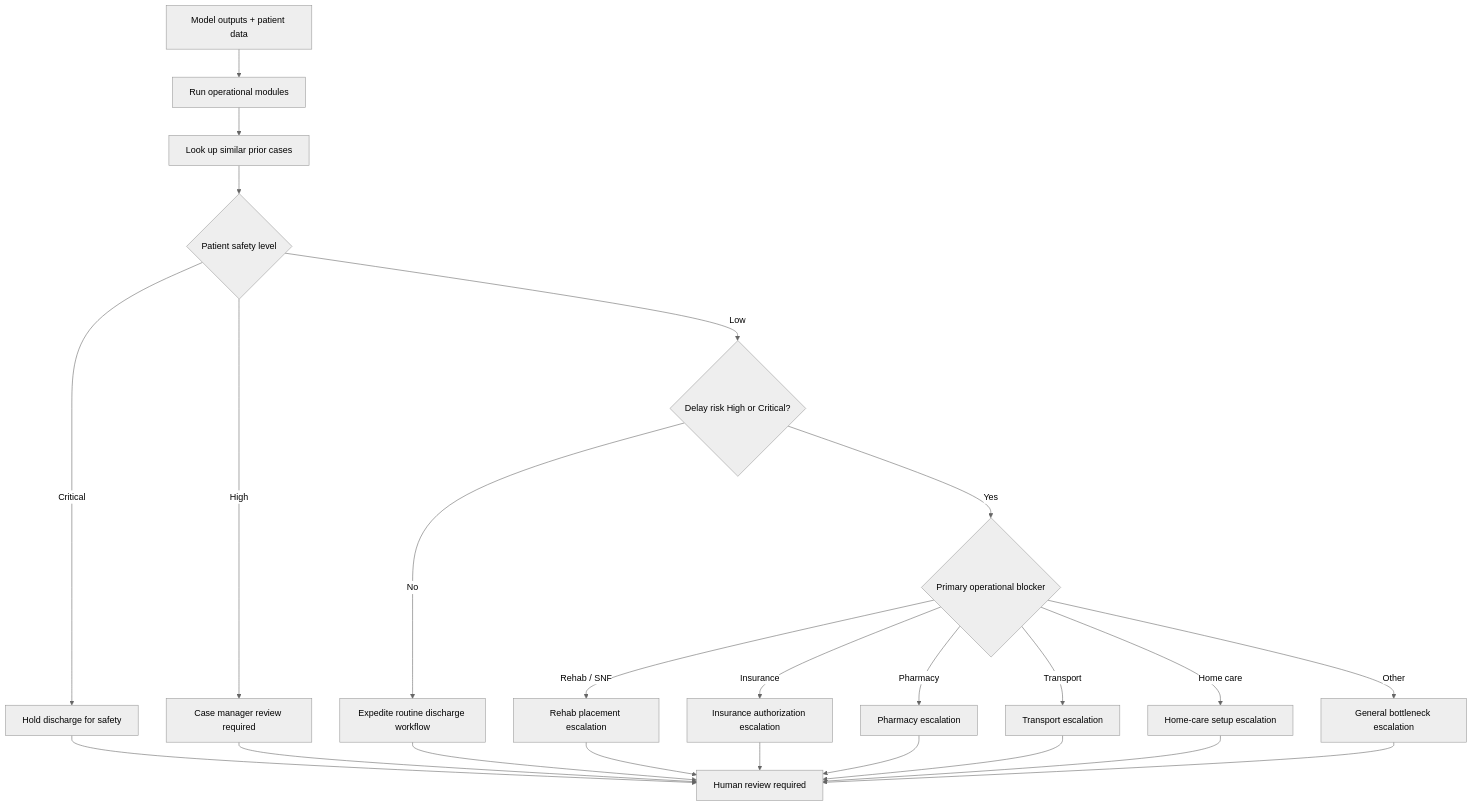
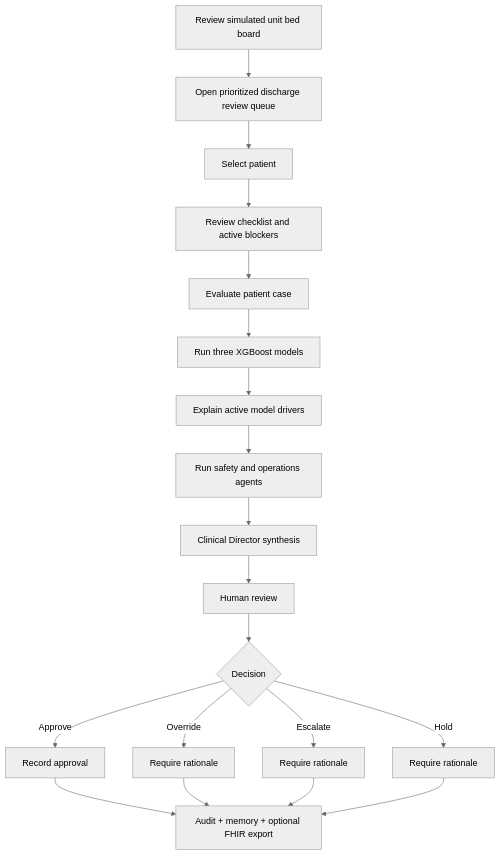
The third of 3 diagrams in README.md (draculess99/BedFlow_AI), drawn with Mermaid (neutral theme) before and after one commit. The commit also changed other lines of this file and 35 other files, not shown here.

````diff
--- a/README.md
+++ b/README.md
@@ -485,30 +117,21 @@
 ```mermaid
 flowchart TD
-    A[Model outputs + patient data] --> B[Run operational modules]
-    B --> C[Look up similar prior cases]
-    C --> D{Patient safety level}
-
-    D -- Critical --> E[Hold discharge for safety]
-    D -- High --> F[Case manager review required]
-    D -- Low --> G{Delay risk High or Critical?}
-
-    G -- No --> H[Expedite routine discharge workflow]
-    G -- Yes --> I{Primary operational blocker}
-
-    I -->|Rehab / SNF| J[Rehab placement escalation]
-    I -->|Insurance| K[Insurance authorization escalation]
-    I -->|Pharmacy| L[Pharmacy escalation]
-    I -->|Transport| M[Transport escalation]
-    I -->|Home care| N[Home-care setup escalation]
-    I -->|Other| O[General bottleneck escalation]
-
-    E --> P[Human review required]
-    F --> P
-    H --> P
-    J --> P
-    K --> P
-    L --> P
+    A[Review simulated unit bed board] --> B[Open prioritized discharge review queue]
+    B --> C[Select patient]
+    C --> D[Review checklist and active blockers]
+    D --> E[Evaluate patient case]
+    E --> F[Run three XGBoost models]
+    F --> G[Explain active model drivers]
+    G --> H[Run safety and operations agents]
+    H --> I[Clinical Director synthesis]
+    I --> J[Human review]
+    J --> K{Decision}
+    K -->|Approve| L[Record approval]
+    K -->|Override| M[Require rationale]
+    K -->|Escalate| N[Require rationale]
+    K -->|Hold| O[Require rationale]
+    L --> P[Audit + memory + optional FHIR export]
     M --> P
     N --> P
     O --> P
 ```
````
